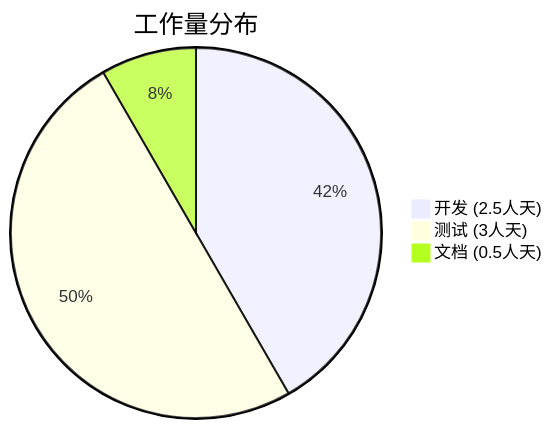
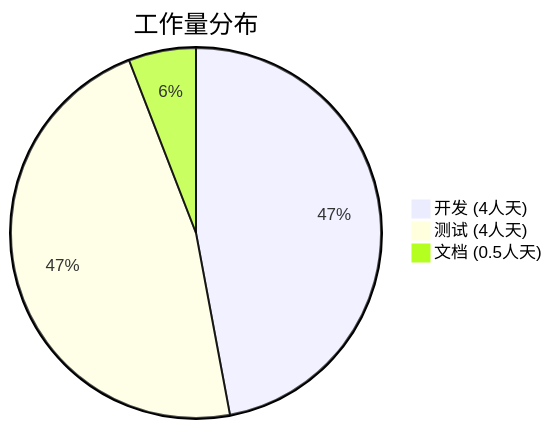
One commit to javadoors/cluster-api-provider-bke changed the sixth of 7 diagrams in code/performance/report/api-throttling-optimization.md. Above: the diagram before and after it, drawn with Mermaid. The commit also changed other lines of this file, not shown here.

````diff
--- a/code/performance/report/api-throttling-optimization.md
+++ b/code/performance/report/api-throttling-optimization.md
@@ -622,6 +989,6 @@
 ```mermaid
 pie title 工作量分布
-    "开发 (2.5人天)" : 2.5
-    "测试 (3人天)" : 3
+    "开发 (4人天)" : 4
+    "测试 (4人天)" : 4
     "文档 (0.5人天)" : 0.5
 ```
````
